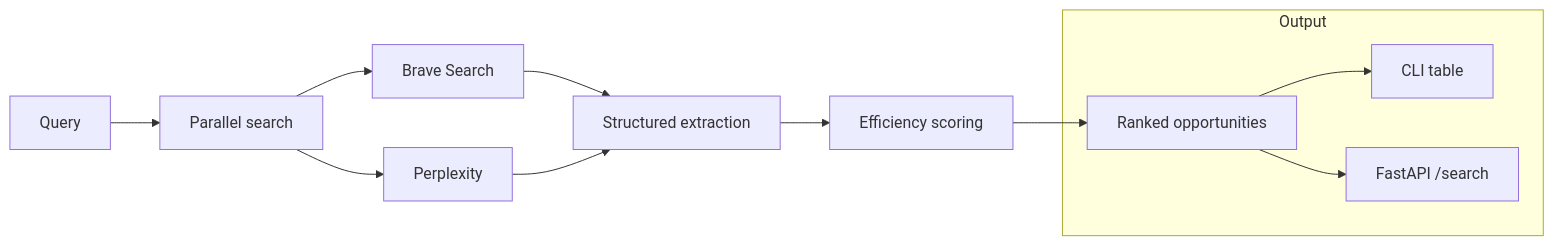
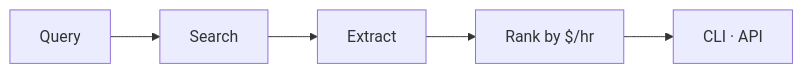
The diagram in README.md (pdj555/job-engine), drawn with Mermaid before and after one commit. The commit also changed other lines of this file, not shown here.

````diff
--- a/README.md
+++ b/README.md
@@ -7,15 +5,7 @@
 ```mermaid
 flowchart LR
-  Q[Query] --> S[Parallel search]
-  S --> B[Brave Search]
-  S --> P[Perplexity]
-  B --> E[Structured extraction]
-  P --> E
-  E --> R[Efficiency scoring]
-  R --> O[Ranked opportunities]
-
-  subgraph Output
-    O --> CLI[CLI table]
-    O --> API[FastAPI /search]
-  end
+  Q[Query] --> S[Search]
+  S --> E[Extract]
+  E --> R[Rank by $/hr]
+  R --> O[CLI · API]
 ```
````
